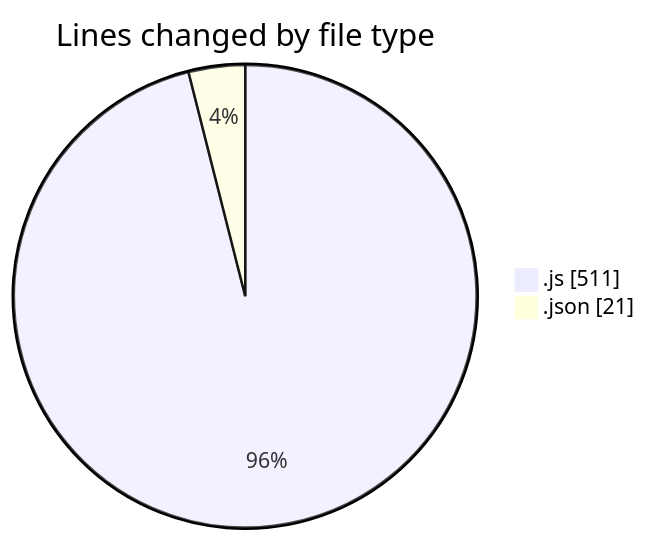
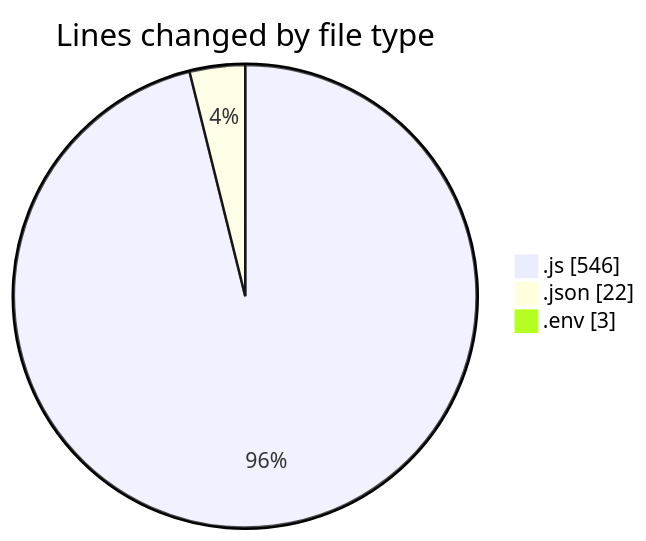
The first of 2 diagrams in 2025-07-19/eduwallet-main/README.md (lephambinh05/code-tracking), drawn with Mermaid before and after one commit. The commit also changed other lines of this file and 1 other file, not shown here.

````diff
--- a/2025-07-19/eduwallet-main/README.md
+++ b/2025-07-19/eduwallet-main/README.md
@@ -28,6 +30,7 @@
 ```mermaid
 pie showData
 title Lines changed by file type
-".js" : 511
-".json" : 21
+".js" : 546
+".json" : 22
+".env" : 3
 ```
````
